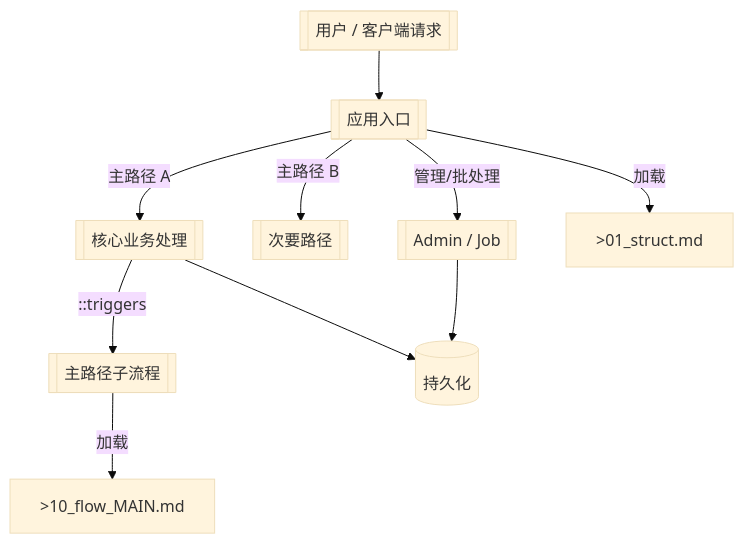
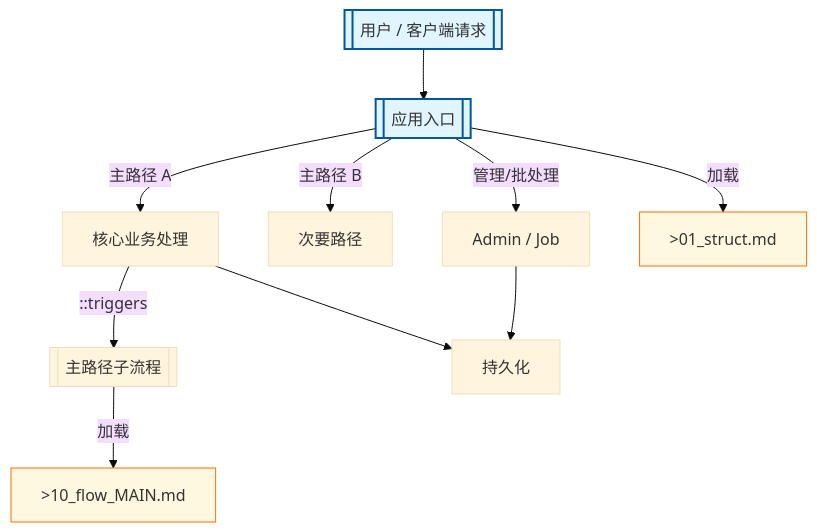
Before and after one commit to Cyning12/dsh-coding-kit: the diagram in assets/graph/templates/00_main.md, drawn with Mermaid (base theme). The commit also changed other lines of this file and 5 other files, not shown here.

First line of the commit message:
fix(graph): emit Mermaid edges/comments compatible with official syntax

````diff
--- a/assets/graph/templates/00_main.md
+++ b/assets/graph/templates/00_main.md
@@ -16,22 +14,35 @@
 ```mermaid
 flowchart TD
-    Q[[用户 / 客户端请求]]
-    E[[应用入口]]
-    M1[[核心业务处理]]
-    M2[[次要路径]]
-    ADM[[Admin / Job]]
-    FLOW_MAIN[[主路径子流程]]
-    FLOW_DOC[>10_flow_MAIN.md]
-    DB[(持久化)]
-    STRUCT_DOC[>01_struct.md]
+    Q[["用户 / 客户端请求"]]
+    E[["应用入口"]]
+    M1["核心业务处理"]
+    M2["次要路径"]
+    ADM["Admin / Job"]
+    FLOW_MAIN[["主路径子流程"]]
+    FLOW_DOC[">10_flow_MAIN.md"]
+    DB["持久化"]
+    STRUCT_DOC[">01_struct.md"]
+
     Q --> E
-    E --"主路径 A"--> M1
-    E --"主路径 B"--> M2
-    E --"管理/批处理"--> ADM
-    M1 --"::triggers"--> FLOW_MAIN
-    FLOW_MAIN --"加载"--> FLOW_DOC
+    %% → src/main.py#L1
+    %% → app/router/index.ts#L1
+    E -->|"主路径 A"| M1
+    %% → handlers/resource.py::handle_create
+    E -->|"主路径 B"| M2
+    %% → handlers/health.py::health_check
+    E -->|"管理/批处理"| ADM
+    %% → jobs/ingest.py::run_sync
+    M1 -->|"::triggers"| FLOW_MAIN
+    FLOW_MAIN -->|"加载"| FLOW_DOC
     M1 --> DB
+    %% → db/repository.py
     ADM --> DB
-    E --"加载"--> STRUCT_DOC
-    %% 锚点：见 YAML 源 edges[].anchors
+    %% → db/repository.py
+    E -->|"加载"| STRUCT_DOC
+
+    classDef phase fill:#e1f5fe,stroke:#01579b,stroke-width:2px
+    classDef doc fill:#fff8e1,stroke:#ff6f00,stroke-width:1px
+    classDef infra fill:#e8f5e9,stroke:#2e7d32,stroke-width:1px
+    class Q,E phase
+    class FLOW_DOC,STRUCT_DOC doc
 ```
````
